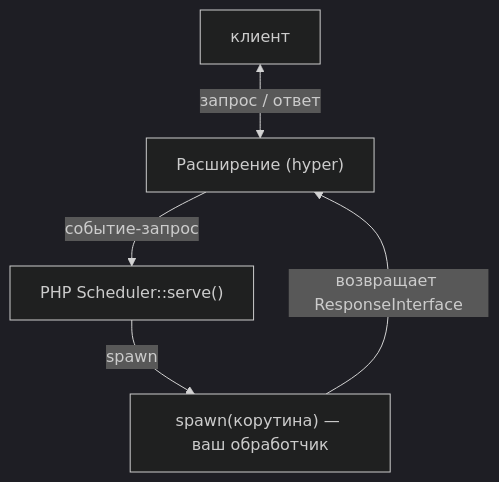
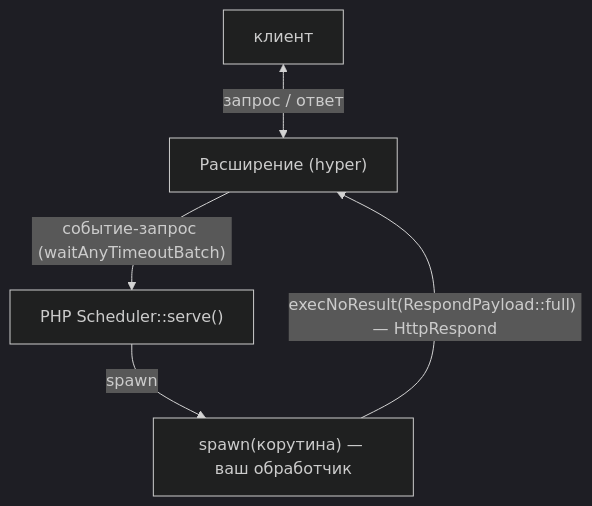
One commit to sprust/sconcur changed the first of 3 diagrams in docs/http-server.ru.md. Above: the diagram before and after it, drawn with Mermaid (dark theme). The commit also changed other lines of this file and 55 other files, not shown here.

````diff
--- a/docs/http-server.ru.md
+++ b/docs/http-server.ru.md
@@ -53,12 +53,12 @@
 ```mermaid
 flowchart TB
     Client["клиент"]
     EXT["Расширение (hyper)"]
     Sched["PHP Scheduler::serve()"]
     Handler["spawn(корутина) — ваш обработчик"]
 
     Client <-->|"запрос / ответ"| EXT
-    EXT -->|"событие-запрос"| Sched
+    EXT -->|"событие-запрос (waitAnyTimeoutBatch)"| Sched
     Sched -->|"spawn"| Handler
-    Handler -->|"возвращает ResponseInterface"| EXT
+    Handler -->|"execNoResult(RespondPayload::full) — HttpRespond"| EXT
 ```
````
